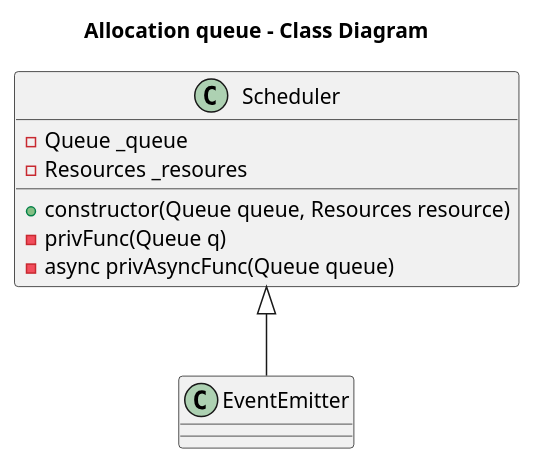
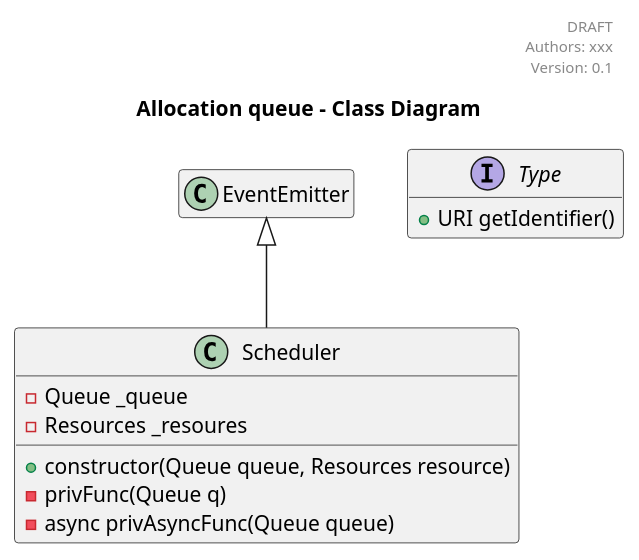
Before and after one commit to jupe/puml2code: the diagram in examples/sample.puml, drawn with PlantUML. The commit also changed 21 other files, not shown here.

First line of the commit message:
interface and header support (#7)

```diff
--- a/examples/sample.puml
+++ b/examples/sample.puml
@@ -1,13 +1,31 @@
 @startuml
+
+header
+DRAFT
+Authors: xxx
+Version: 0.1
+endheader
+
+hide empty members
+
 title Allocation queue - Class Diagram
+
+
+interface Type {
+    +URI getIdentifier()
+}
 
 class Scheduler {
     +constructor(Queue queue, Resources resource)
     -privFunc(Queue q)
     -async privAsyncFunc(Queue queue)
     -Queue _queue
     -Resources _resoures
 }
 
-EventEmitter -up-|> Scheduler
+
+class EventEmitter
+Scheduler -up-|> EventEmitter
+
+
 @enduml
```
